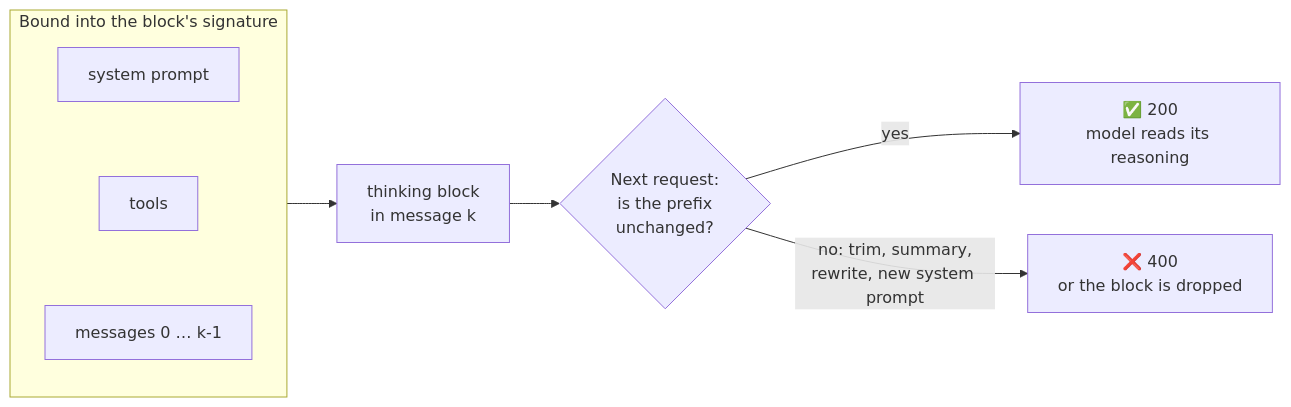
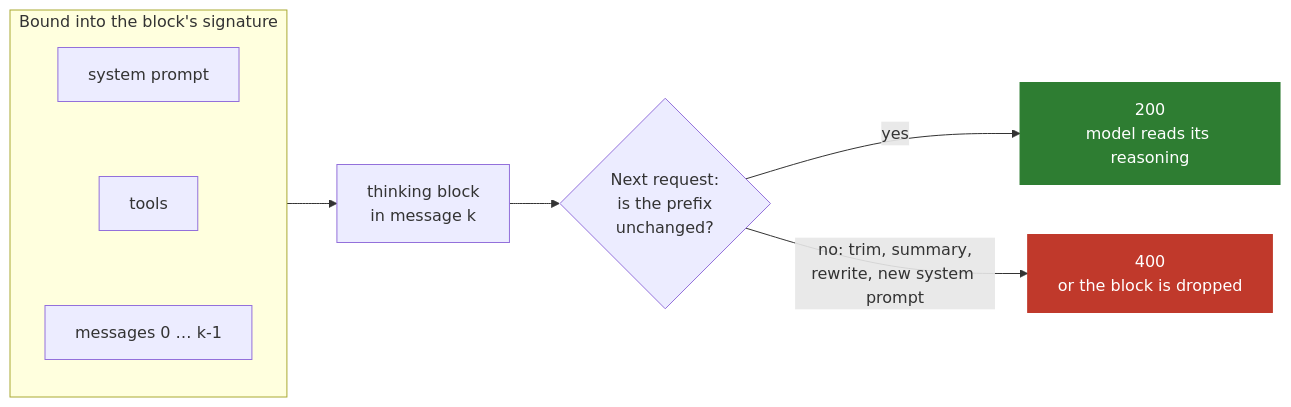
One commit to 3431481073/harness-sdk changed the first of 3 diagrams in team/designs/0021-preserved-thinking.md. Above: the diagram before and after it, drawn with Mermaid. The commit also changed other lines of this file, not shown here.

````diff
--- a/team/designs/0021-preserved-thinking.md
+++ b/team/designs/0021-preserved-thinking.md
@@ -23,11 +40,14 @@
 ```mermaid
 flowchart LR
     subgraph prefix["Bound into the block's signature"]
         direction TB
         sys["system prompt"] ~~~ tools["tools"] ~~~ earlier["messages 0 … k-1"]
     end
     prefix --> block["thinking block<br/>in message k"]
     block --> next{"Next request:<br/>is the prefix<br/>unchanged?"}
-    next -- yes --> ok["✅ 200<br/>model reads its reasoning"]
-    next -- "no: trim, summary,<br/>rewrite, new system prompt" --> bad["❌ 400<br/>or the block is dropped"]
+    next -- yes --> ok["200<br/>model reads its reasoning"]:::pass
+    next -- "no: trim, summary,<br/>rewrite, new system prompt" --> bad["400<br/>or the block is dropped"]:::fail
+
+    classDef fail fill:#c0392b,color:#ffffff,stroke:#c0392b
+    classDef pass fill:#2e7d32,color:#ffffff,stroke:#2e7d32
 ```
````
